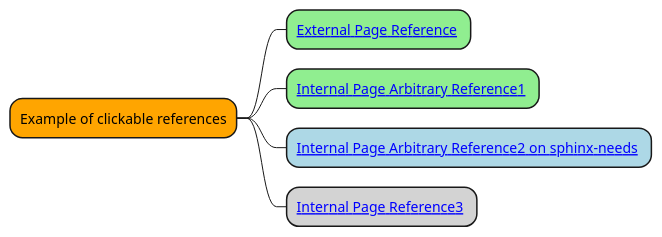
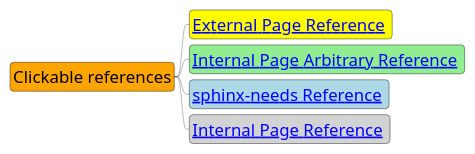
One commit to mi-parkes/sphinx-diagram-connect changed the diagram in doc/source/test/test-plantuml1.rst. Above: the diagram before and after it, drawn with PlantUML. The commit also changed other lines of this file and 176 other files, not shown here.

First line of the commit message:
feat: Refactor Sphinx extension into DiagramConnect class (#18)

```diff
--- a/doc/source/test/test-plantuml1.rst
+++ b/doc/source/test/test-plantuml1.rst
@@ -6,13 +4,14 @@
 .. uml::
     :caption: PlantUML Caption with **bold** and *italic*
     :name: PlantUML Label1
 
     @startmindmap mindmap1
-
-    *[#Orange] Example of clickable references
-    **[#lightgreen] [[ https://www.sphinx-doc.org/en/master/ External Page Reference ]]
-    **[#lightgreen] [[ ":ref:`Heading 2`" Internal Page Arbitrary Reference1 ]]
-    **[#lightblue] [[ ":ref:`N_00002`" Internal Page Arbitrary Reference2 on sphinx-needs ]]
-    **[#lightgrey] [[ ":doc:`Test PlantUML 3`" Internal Page Reference3 ]]
+    scale 0.3
+    skinparam defaultFontSize 56
+    *[#Orange] Clickable references
+    **[#yellow] [[ https://www.sphinx-doc.org/en/master/ External Page Reference ]]
+    **[#lightgreen] [[ ":ref:`Extension Architecture`" Internal Page Arbitrary Reference ]]
+    **[#lightblue] [[ ":ref:`spc_demo_00001`" sphinx-needs Reference ]]
+    **[#lightgrey] [[ ":doc:`Meta Model`" Internal Page Reference ]]
 
     @endmindmap
```
